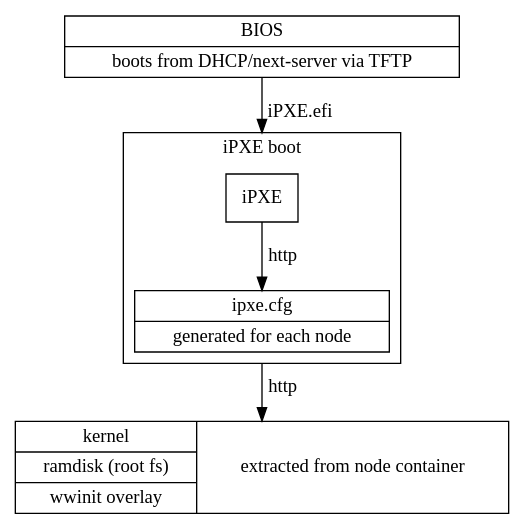
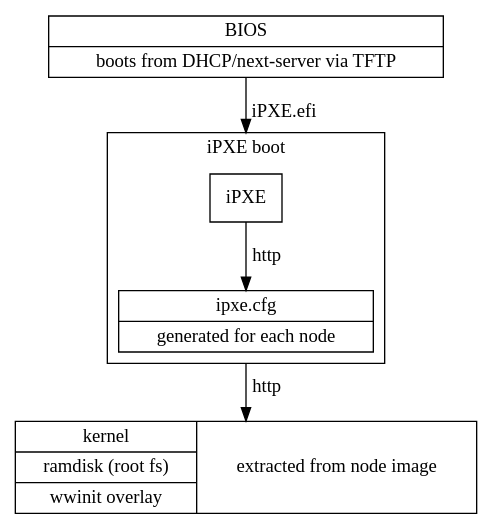
One commit to warewulf/warewulf changed the first of 4 diagrams in userdocs/contents/boot-management.rst. Above: the diagram before and after it, drawn with Graphviz. The commit also changed other lines of this file and 178 other files, not shown here.

First line of the commit message:
Rename "container" to "image"

```diff
--- a/userdocs/contents/boot-management.rst
+++ b/userdocs/contents/boot-management.rst
@@ -14,20 +14,20 @@
 .. graphviz::
 
   digraph G{
       node [shape=box];
       compound=true;
       edge [label2node=true]
       bios [shape=record label="{BIOS | boots from DHCP/next-server via TFTP}"]
 
       subgraph cluster0 {
        label="iPXE boot"
        iPXE;
        ipxe_cfg [shape=record label="{ipxe.cfg|generated for each node}"];
        iPXE -> ipxe_cfg [label="http"];
       }
 
       bios->iPXE [lhead=cluster0,label="iPXE.efi"];
 
-      kernel [shape=record label="{kernel|ramdisk (root fs)|wwinit overlay}|extracted from node container"];
+      kernel [shape=record label="{kernel|ramdisk (root fs)|wwinit overlay}|extracted from node image"];
       ipxe_cfg->kernel[ltail=cluster0,label="http"];
   }
```
